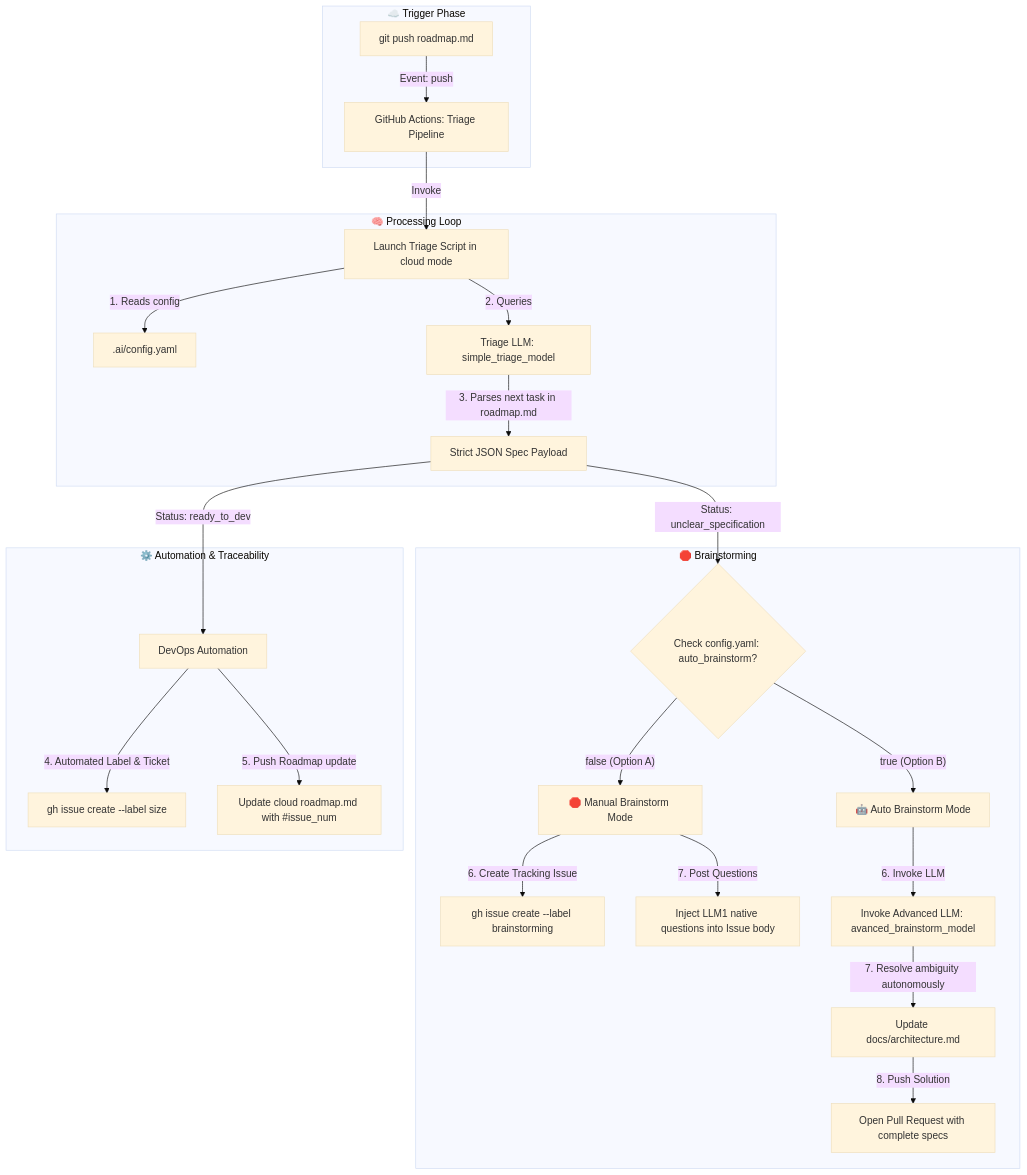
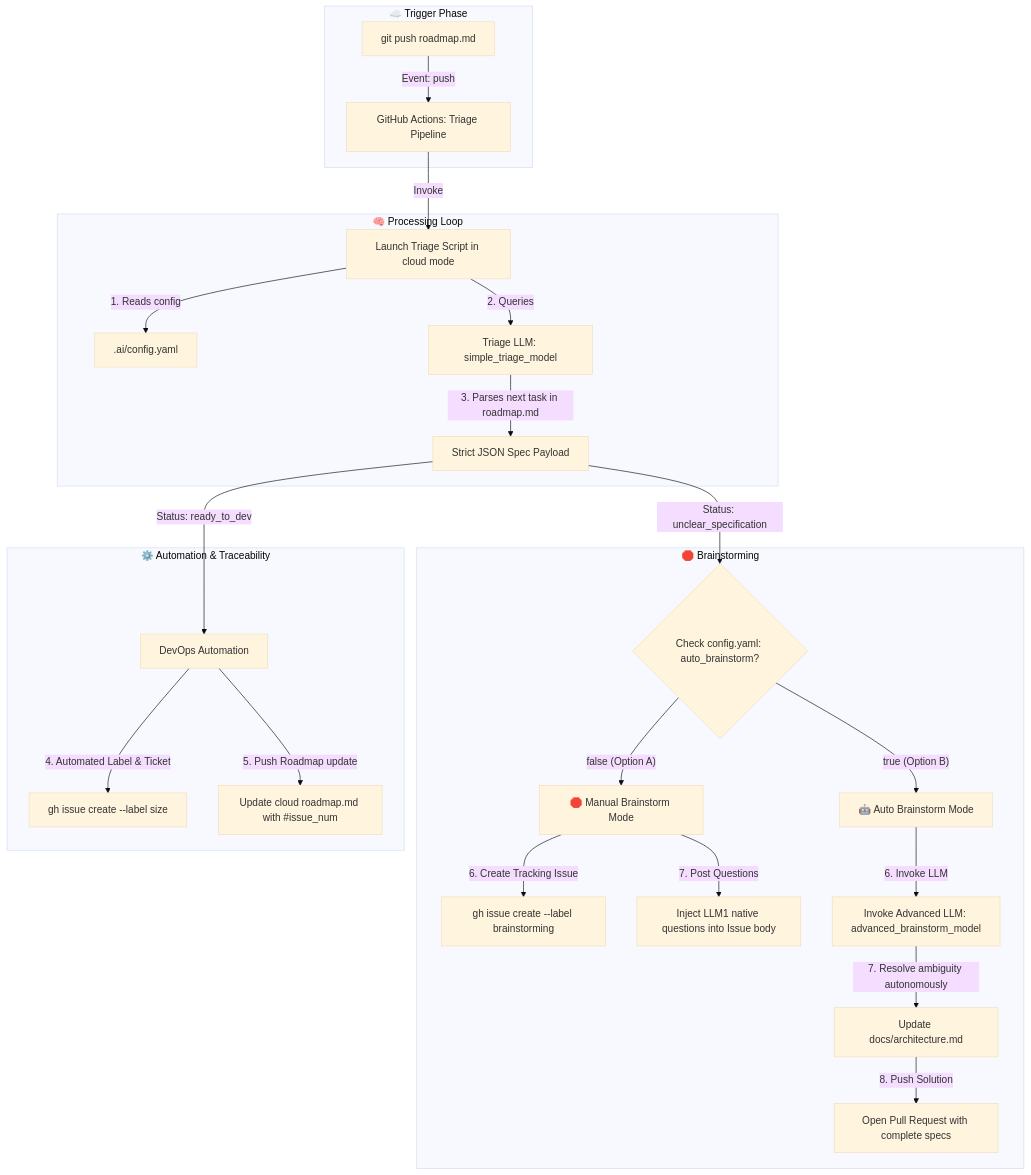
The diagram in docs/pipelines/triage_cloud.md (fletort/smart-ai-factory), drawn with Mermaid (base theme) before and after one commit. The commit also changed other lines of this file and 3 other files, not shown here.

````diff
--- a/docs/pipelines/triage_cloud.md
+++ b/docs/pipelines/triage_cloud.md
@@ -13,35 +13,35 @@
 ```mermaid
 graph TD
     subgraph "☁️ Trigger Phase"
         Git[git push roadmap.md] -->|Event: push| CI_Triage[GitHub Actions: Triage Pipeline]
     end
 
     subgraph box1["🧠 Processing Loop"]
         CI_Triage -->|Invoke| CoreTriage[Launch Triage Script in cloud mode]
         CoreTriage -->|1. Reads config| Config[.ai/config.yaml]
         CoreTriage -->|2. Queries| LLM1[Triage LLM: simple_triage_model]
         LLM1 -->|3. Parses next task in roadmap.md| JSON1[Strict JSON Spec Payload]
     end
 
     subgraph "🛑 Brainstorming"
         JSON1 -->|"Status: unclear_specification"| CheckConfig{Check config.yaml: auto_brainstorm?}
 
         %% OPTION A : Stop & Open a Ticket
         CheckConfig -->|"false (Option A)"| CloudStop[🛑 Manual Brainstorm Mode]
         CloudStop -->|6. Create Tracking Issue| GH_BS[gh issue create --label brainstorming]
         CloudStop -->|7. Post Questions| NativeComment[Inject LLM1 native questions into Issue body]
 
         %% OPTION B : Full Auto Brainstorm -> PR Direct
         CheckConfig -->|"true (Option B)"| CloudAuto[🤖 Auto Brainstorm Mode]
-        CloudAuto -->|6. Invoke LLM| LLM2[Invoke Advanced LLM: avanced_brainstorm_model]
+        CloudAuto -->|6. Invoke LLM| LLM2[Invoke Advanced LLM: advanced_brainstorm_model]
         LLM2 -->|7. Resolve ambiguity autonomously| Fix[Update docs/architecture.md]
         Fix -->|8. Push Solution| PR[Open Pull Request with complete specs]
     end
 
     subgraph "⚙️ Automation & Traceability"
         JSON1 -->|"Status: ready_to_dev"| DevOpCloud[DevOps Automation]
         DevOpCloud -->|4. Automated Label & Ticket| GH_Issue[gh issue create --label size]
         DevOpCloud -->|5. Push Roadmap update| GitSync[Update cloud roadmap.md with #issue_num]
     end
 
 ```
````
